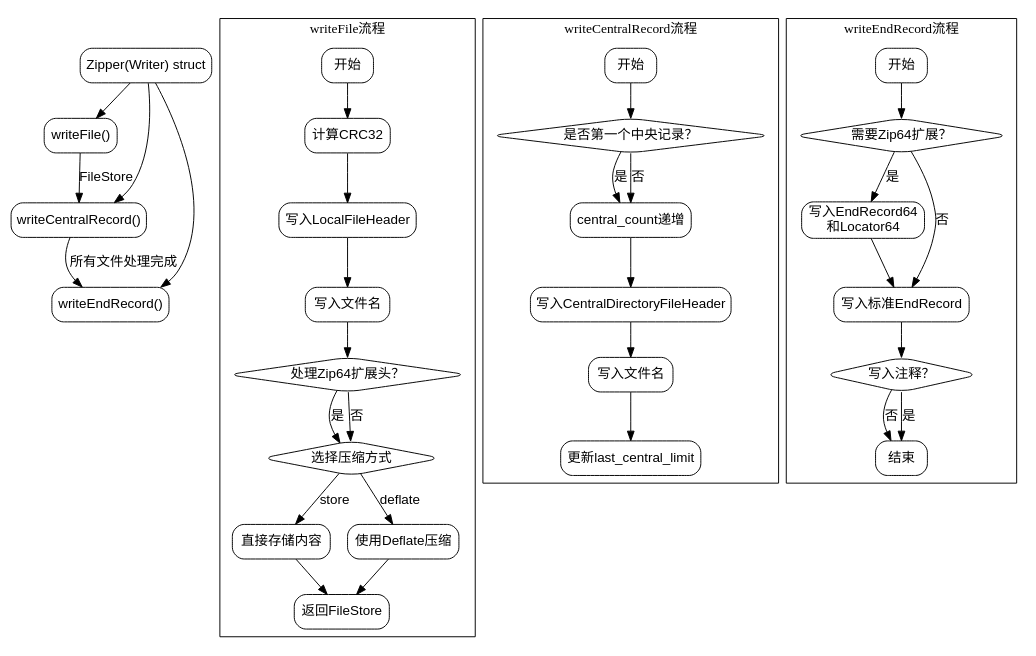
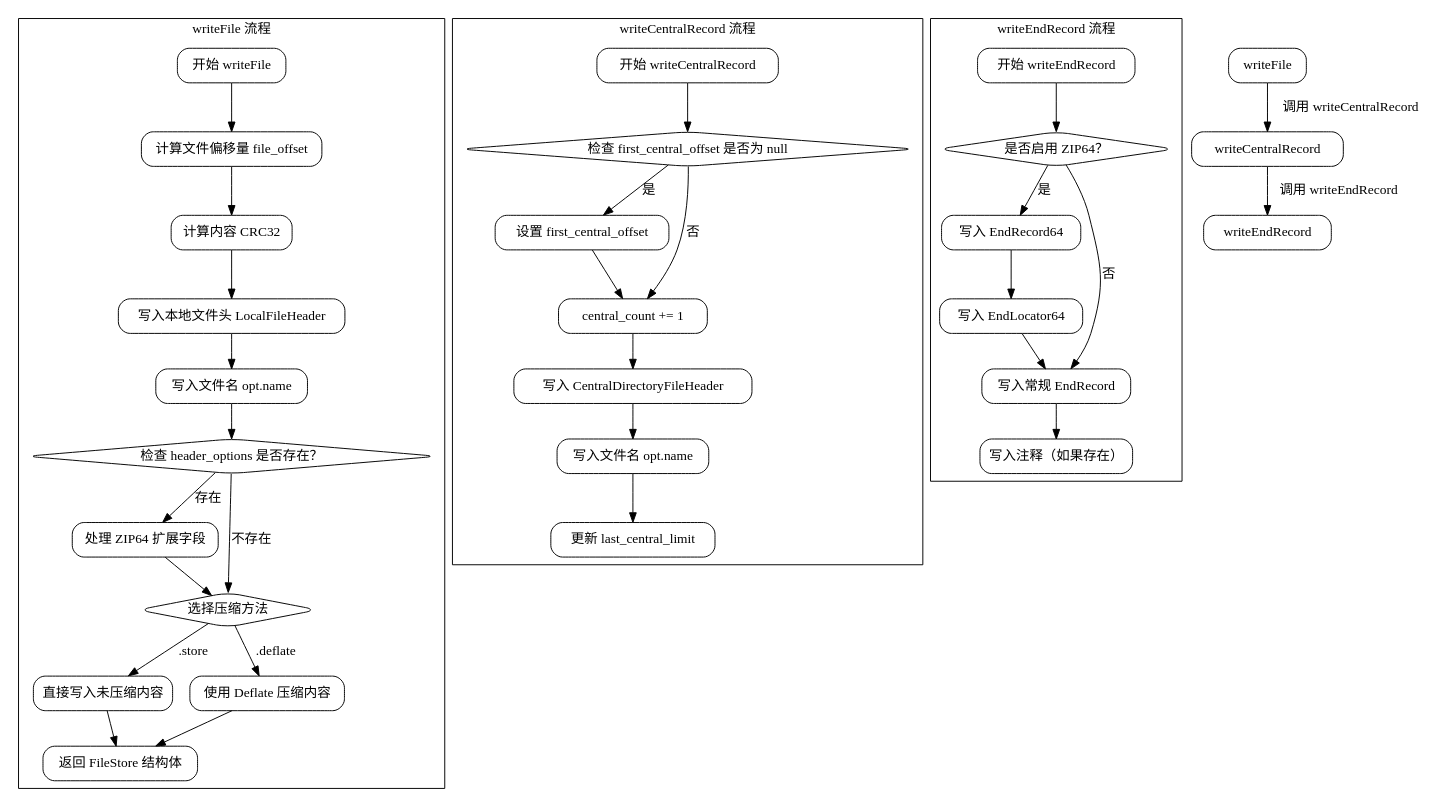
One commit to sdzx-1/deepseek-zig-reader changed the diagram in dot_std/zip/test.zig.Zipper.md. Above: the diagram before and after it, drawn with Graphviz. The commit also changed other lines of this file and 236 other files, not shown here.

````diff
--- a/dot_std/zip/test.zig.Zipper.md
+++ b/dot_std/zip/test.zig.Zipper.md
@@ -26,82 +19,82 @@
 ```dot
-digraph {
-    node [shape=rectangle, style="rounded", fontname="Arial"];
-    edge [fontname="Arial"];
+digraph ZipperFlow {
+    rankdir=TB;
+    node [shape=rectangle, style=rounded];
 
-    // Main Zipper struct
-    start [label="Zipper(Writer) struct"];
-    writeFile [label="writeFile()"];
-    writeCentralRecord [label="writeCentralRecord()"];
-    writeEndRecord [label="writeEndRecord()"];
-
-    // writeFile流程
+    // WriteFile 子图
     subgraph cluster_writeFile {
-        label="writeFile流程";
-        wf_start [label="开始"];
-        wf_crc32 [label="计算CRC32"];
-        wf_header [label="写入LocalFileHeader"];
-        wf_name [label="写入文件名"];
-        wf_zip64 [label="处理Zip64扩展头？", shape=diamond];
-        wf_compress [label="选择压缩方式", shape=diamond];
-        wf_store [label="直接存储内容"];
-        wf_deflate [label="使用Deflate压缩"];
-        wf_return [label="返回FileStore"];
-
-        wf_start -> wf_crc32;
-        wf_crc32 -> wf_header;
-        wf_header -> wf_name;
-        wf_name -> wf_zip64;
-        wf_zip64 -> wf_compress [label="是"];
-        wf_zip64 -> wf_compress [label="否"];
-        wf_compress -> wf_store [label="store"];
-        wf_compress -> wf_deflate [label="deflate"];
-        wf_store -> wf_return;
-        wf_deflate -> wf_return;
+        label="writeFile 流程";
+        
+        start_writeFile [label="开始 writeFile"];
+        calc_file_offset [label="计算文件偏移量 file_offset"];
+        compute_crc32 [label="计算内容 CRC32"];
+        write_local_header [label="写入本地文件头 LocalFileHeader"];
+        write_filename [label="写入文件名 opt.name"];
+        check_header_options [label="检查 header_options 是否存在？", shape=diamond];
+        handle_zip64 [label="处理 ZIP64 扩展字段"];
+        compression_method [label="选择压缩方法", shape=diamond];
+        store_compression [label="直接写入未压缩内容"];
+        deflate_compression [label="使用 Deflate 压缩内容"];
+        return_filestore [label="返回 FileStore 结构体"];
+        
+        start_writeFile -> calc_file_offset;
+        calc_file_offset -> compute_crc32;
+        compute_crc32 -> write_local_header;
+        write_local_header -> write_filename;
+        write_filename -> check_header_options;
+        
+        check_header_options -> handle_zip64 [label="存在"];
+        check_header_options -> compression_method [label="不存在"];
+        handle_zip64 -> compression_method;
+        
+        compression_method -> store_compression [label=".store"];
+        compression_method -> deflate_compression [label=".deflate"];
+        store_compression -> return_filestore;
+        deflate_compression -> return_filestore;
     }
 
-    // writeCentralRecord流程
+    // WriteCentralRecord 子图
     subgraph cluster_writeCentral {
-        label="writeCentralRecord流程";
-        wcr_start [label="开始"];
-        wcr_check [label="是否第一个中央记录？", shape=diamond];
-        wcr_inc [label="central_count递增"];
-        wcr_write [label="写入CentralDirectoryFileHeader"];
-        wcr_name [label="写入文件名"];
-        wcr_end [label="更新last_central_limit"];
-
-        wcr_start -> wcr_check;
-        wcr_check -> wcr_inc [label="是"];
-        wcr_check -> wcr_inc [label="否"];
-        wcr_inc -> wcr_write;
-        wcr_write -> wcr_name;
-        wcr_name -> wcr_end;
+        label="writeCentralRecord 流程";
+        
+        start_writeCentral [label="开始 writeCentralRecord"];
+        check_first_central [label="检查 first_central_offset 是否为 null", shape=diamond];
+        set_first_offset [label="设置 first_central_offset"];
+        inc_central_count [label="central_count += 1"];
+        write_central_header [label="写入 CentralDirectoryFileHeader"];
+        write_filename_central [label="写入文件名 opt.name"];
+        update_last_central [label="更新 last_central_limit"];
+        
+        start_writeCentral -> check_first_central;
+        check_first_central -> set_first_offset [label="是"];
+        check_first_central -> inc_central_count [label="否"];
+        set_first_offset -> inc_central_count;
+        inc_central_count -> write_central_header;
+        write_central_header -> write_filename_central;
+        write_filename_central -> update_last_central;
     }
 
-    // writeEndRecord流程
+    // WriteEndRecord 子图
     subgraph cluster_writeEnd {
-        label="writeEndRecord流程";
-        we_start [label="开始"];
-        we_zip64 [label="需要Zip64扩展？", shape=diamond];
-        we_write64 [label="写入EndRecord64\n和Locator64"];
-        we_writeStd [label="写入标准EndRecord"];
-        we_comment [label="写入注释？", shape=diamond];
-        we_end [label="结束"];
-
-        we_start -> we_zip64;
-        we_zip64 -> we_write64 [label="是"];
-        we_zip64 -> we_writeStd [label="否"];
-        we_write64 -> we_writeStd;
-        we_writeStd -> we_comment;
-        we_comment -> we_end [label="否"];
-        we_comment -> we_end [label="是"];
+        label="writeEndRecord 流程";
+        
+        start_writeEnd [label="开始 writeEndRecord"];
+        check_zip64 [label="是否启用 ZIP64？", shape=diamond];
+        write_end64 [label="写入 EndRecord64"];
+        write_locator64 [label="写入 EndLocator64"];
+        write_end_record [label="写入常规 EndRecord"];
+        write_comment [label="写入注释（如果存在）"];
+        
+        start_writeEnd -> check_zip64;
+        check_zip64 -> write_end64 [label="是"];
+        check_zip64 -> write_end_record [label="否"];
+        write_end64 -> write_locator64;
+        write_locator64 -> write_end_record;
+        write_end_record -> write_comment;
     }
 
-    // 整体流程连接
-    start -> writeFile;
-    start -> writeCentralRecord;
-    start -> writeEndRecord;
-
-    writeFile -> writeCentralRecord [label="FileStore"];
-    writeCentralRecord -> writeEndRecord [label="所有文件处理完成"];
+    // 主流程连接
+    writeFile -> writeCentralRecord [label="调用 writeCentralRecord"];
+    writeCentralRecord -> writeEndRecord [label="调用 writeEndRecord"];
 }
-``` 
+```
````
